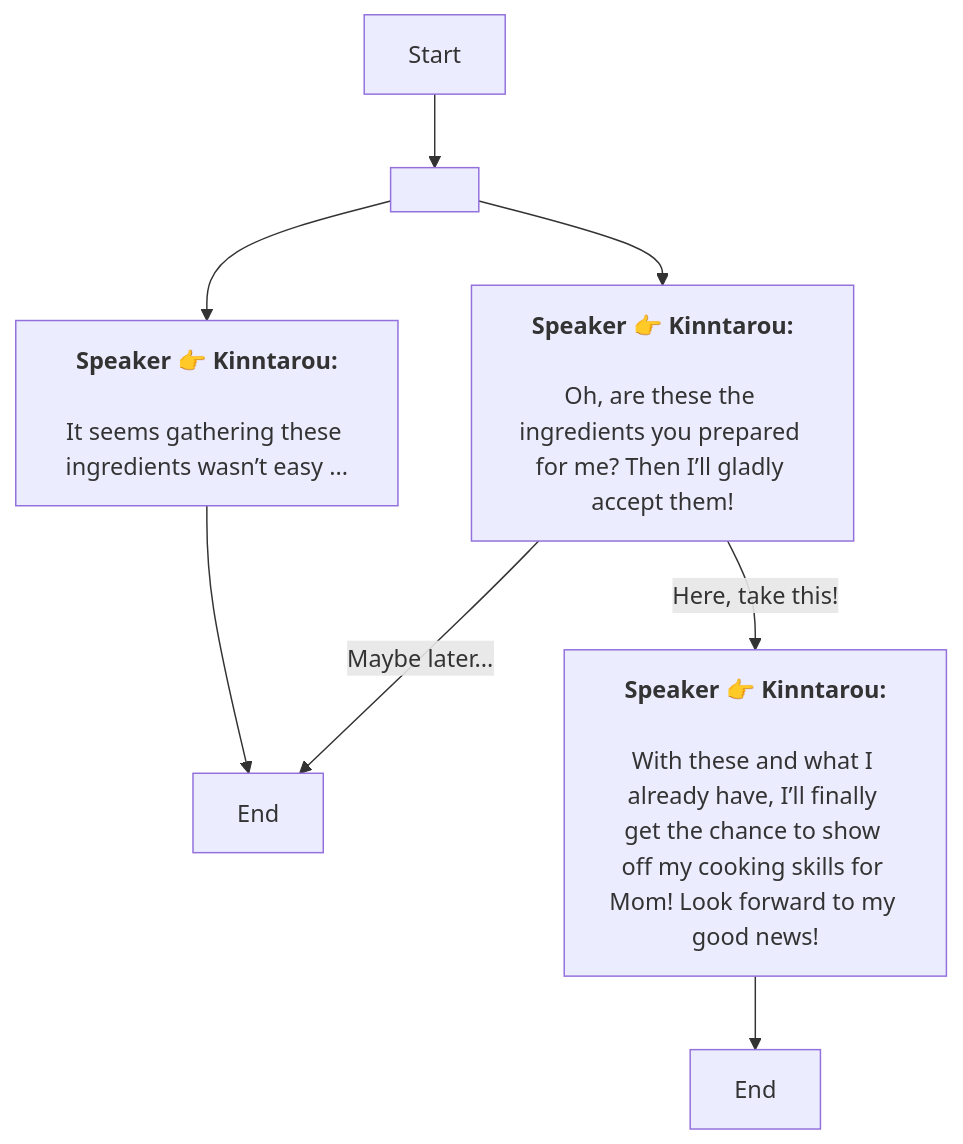
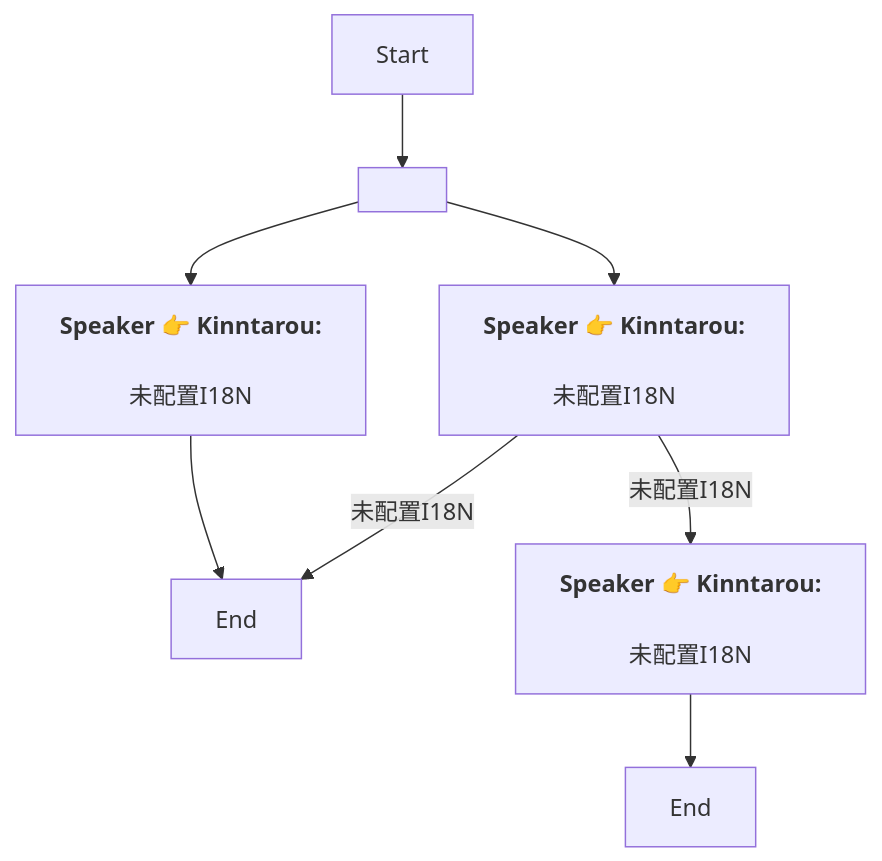
The diagram in En/QuestNPCDeliveryENode_1776053677921804.md (SoftHu/tos_avg), drawn with Mermaid before and after one commit. The commit also changed 730 other files, not shown here.

````diff
--- a/En/QuestNPCDeliveryENode_1776053677921804.md
+++ b/En/QuestNPCDeliveryENode_1776053677921804.md
@@ -1,14 +1,14 @@
 ```mermaid
 graph
 Start -->1776053788973584[ ]
 1776053788973584 -->1776053806490130[<b>Speaker 👉 Kinntarou:</b>
-\nIt seems gathering these ingredients wasn’t easy ...]
+\n未配置I18N]
 1776053788973584 -->1776053741923855[<b>Speaker 👉 Kinntarou:</b>
-\nOh, are these the ingredients you prepared for me? Then I’ll gladly accept them!]
-1776053741923855 -->|Maybe later...|1776053831337493[End]
-1776053741923855 -->|Here, take this!|1776053857768989[<b>Speaker 👉 Kinntarou:</b>
-\nWith these and what I already have, I’ll finally get the chance to show off my cooking skills for Mom! Look forward to my good news!]
+\n未配置I18N]
+1776053741923855 -->|未配置I18N|1776053831337493[End]
+1776053741923855 -->|未配置I18N|1776053857768989[<b>Speaker 👉 Kinntarou:</b>
+\n未配置I18N]
 1776053857768989 -->1776053865808415[End]
 1776053806490130 -->1776053831337493[End]
 
 ```
````
